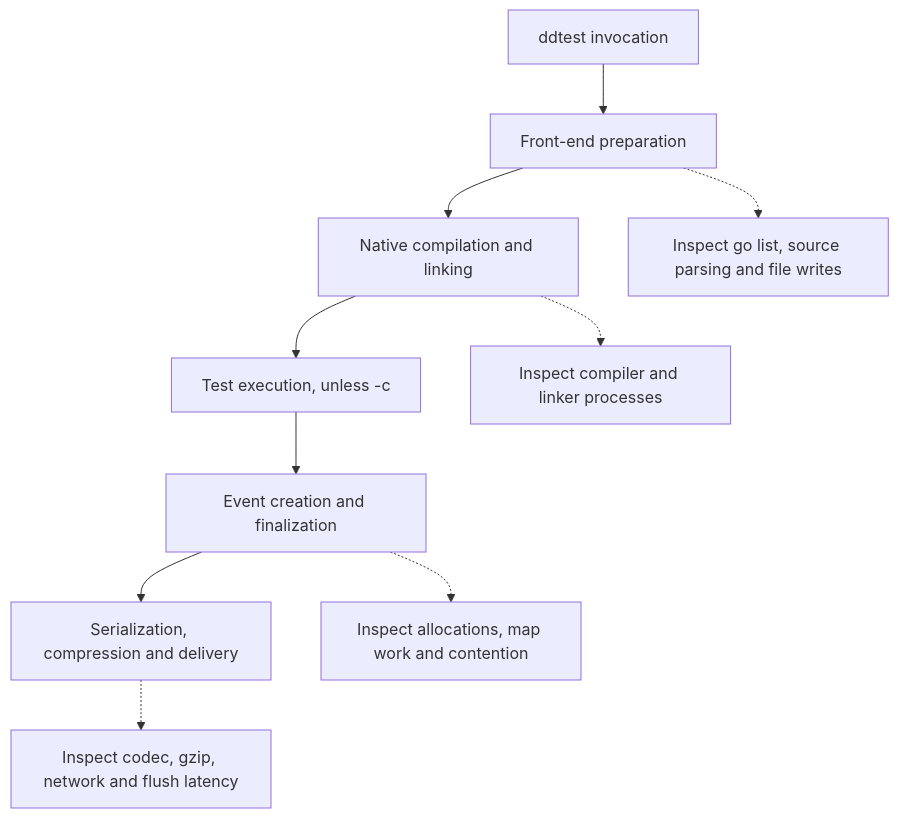
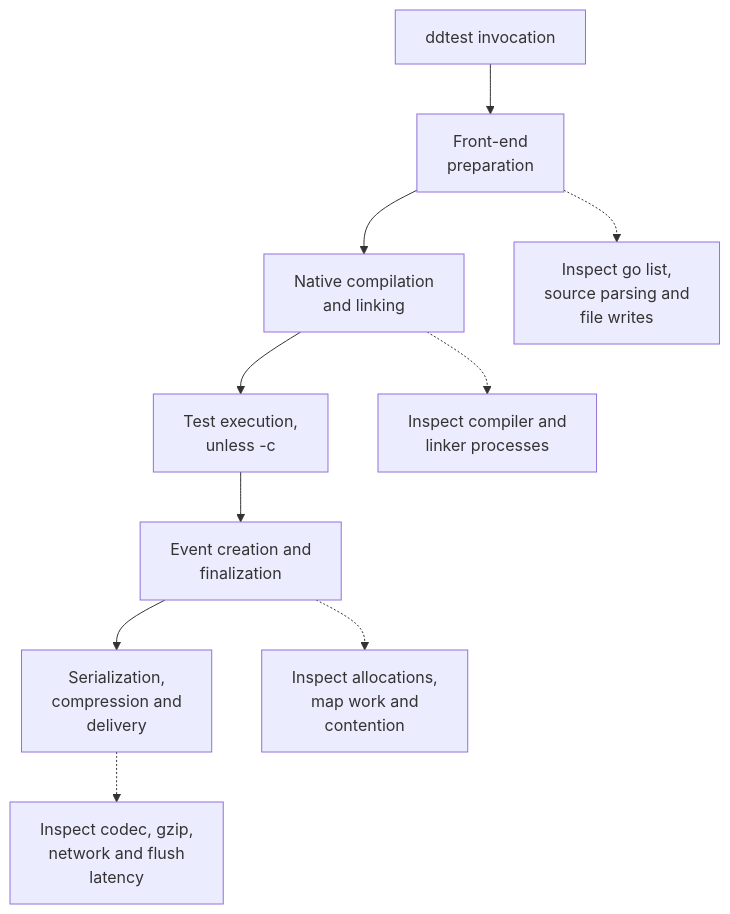
Before and after one commit to tonyredondo/dd-ci-testing-poc: the diagram in docs/performance.md, drawn with Mermaid. The commit also changed 4 other files, not shown here.

Commit message:
Keep documentation diagram labels readable

````diff
--- a/docs/performance.md
+++ b/docs/performance.md
@@ -10,12 +10,12 @@
 ```mermaid
 flowchart TB
-    Start["ddtest invocation"] --> Prepare["Front-end preparation"]
-    Prepare --> Compile["Native compilation and linking"]
-    Compile --> Run["Test execution, unless -c"]
-    Run --> Finish["Event creation and finalization"]
-    Finish --> Send["Serialization, compression and delivery"]
-    Prepare -.-> P["Inspect go list, source parsing and file writes"]
-    Compile -.-> C["Inspect compiler and linker processes"]
-    Finish -.-> F["Inspect allocations, map work and contention"]
-    Send -.-> S["Inspect codec, gzip, network and flush latency"]
+    Start["ddtest invocation"] --> Prepare["Front-end<br/>preparation"]
+    Prepare --> Compile["Native compilation<br/>and linking"]
+    Compile --> Run["Test execution,<br/>unless -c"]
+    Run --> Finish["Event creation and<br/>finalization"]
+    Finish --> Send["Serialization,<br/>compression and<br/>delivery"]
+    Prepare -.-> P["Inspect go list,<br/>source parsing and<br/>file writes"]
+    Compile -.-> C["Inspect compiler and<br/>linker processes"]
+    Finish -.-> F["Inspect allocations,<br/>map work and<br/>contention"]
+    Send -.-> S["Inspect codec, gzip,<br/>network and flush<br/>latency"]
 ```
````
